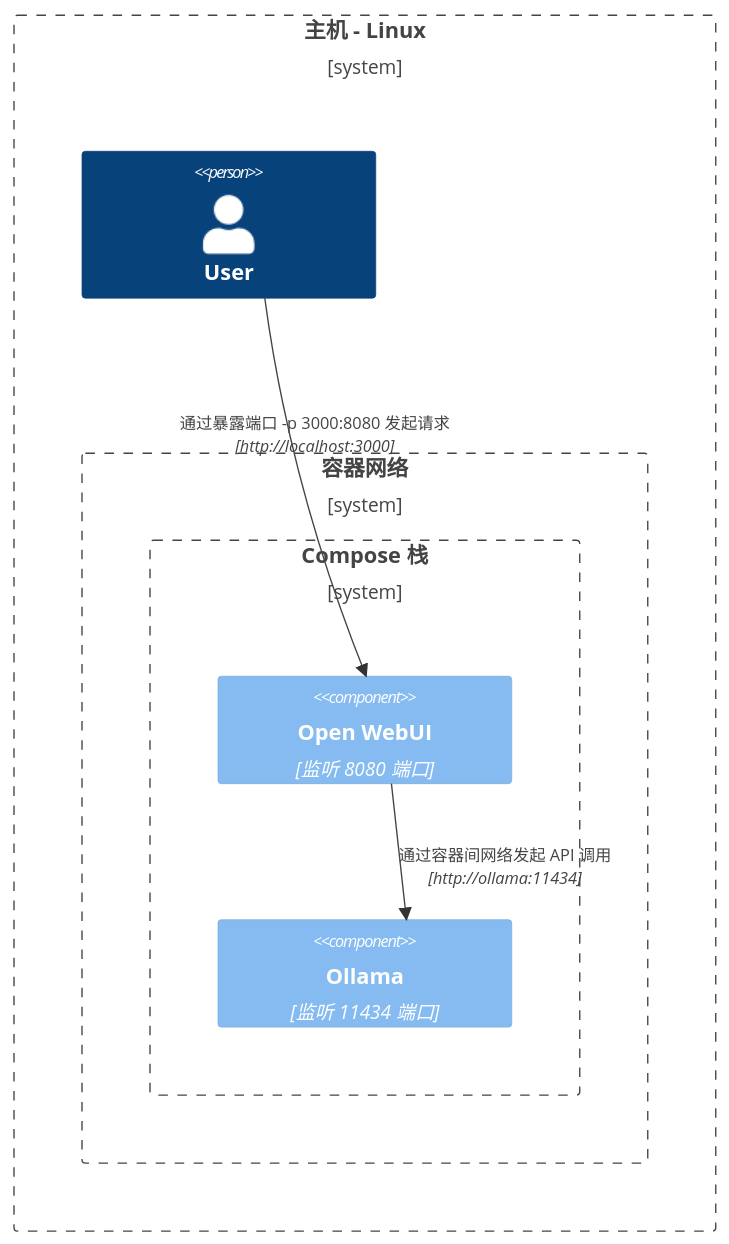
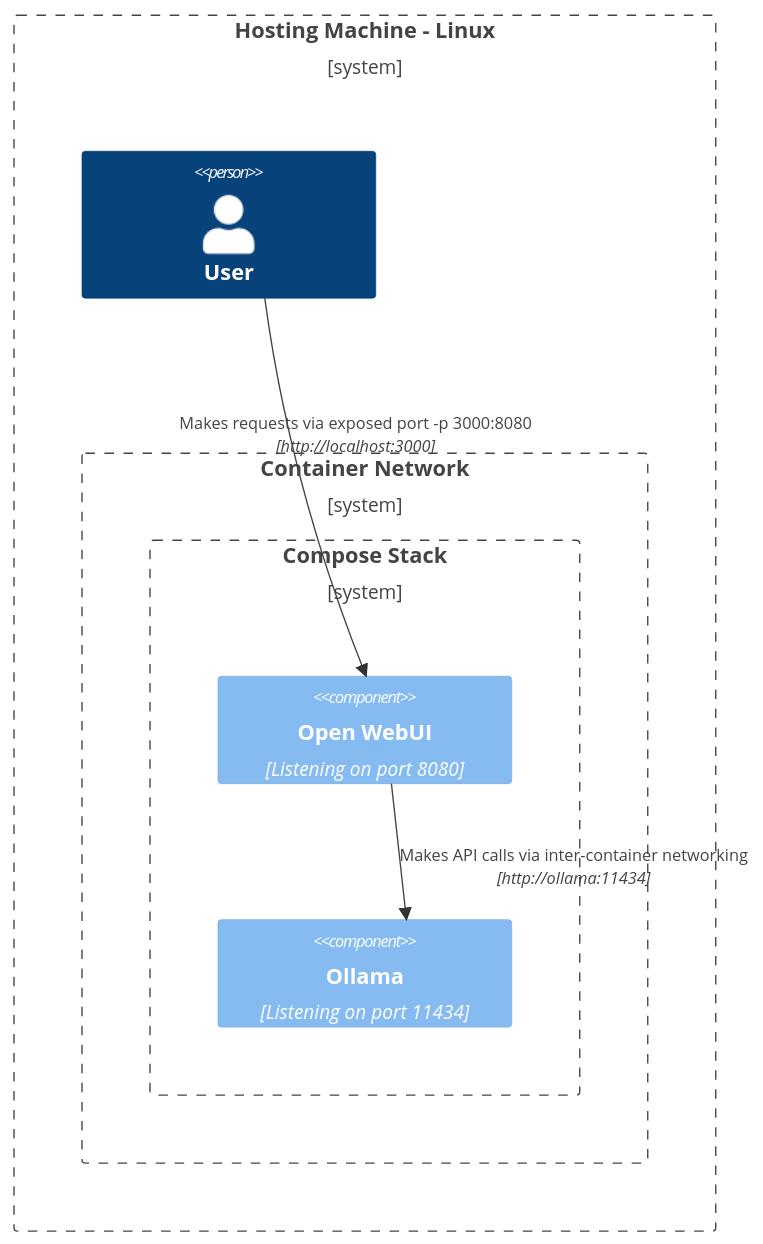
One commit to SMYQH/openwebuidocs changed the sixth of 8 diagrams in zh-cn/docs/reference/network-diagrams.mdx. Above: the diagram before and after it, drawn with Mermaid. The commit also changed other lines of this file and 116 other files, not shown here.

````diff
--- a/zh-cn/docs/reference/network-diagrams.mdx
+++ b/zh-cn/docs/reference/network-diagrams.mdx
@@ -136,15 +136,15 @@
 ```mermaid
 C4Context
-Boundary(b0, "主机 - Linux") {
+Boundary(b0, "Hosting Machine - Linux") {
    Person(user, "User")
-   Boundary(b1, "容器网络") {
-      Boundary(b2, "Compose 栈") {
-         Component(openwebui, "Open WebUI", "监听 8080 端口")
-         Component(ollama, "Ollama", "监听 11434 端口")
+   Boundary(b1, "Container Network") {
+      Boundary(b2, "Compose Stack") {
+         Component(openwebui, "Open WebUI", "Listening on port 8080")
+         Component(ollama, "Ollama", "Listening on port 11434")
       }
    }
 }
-Rel(openwebui, ollama, "通过容器间网络发起 API 调用", "http://ollama:11434")
-Rel(user, openwebui, "通过暴露端口 -p 3000:8080 发起请求", "http://localhost:3000")
+Rel(openwebui, ollama, "Makes API calls via inter-container networking", "http://ollama:11434")
+Rel(user, openwebui, "Makes requests via exposed port -p 3000:8080", "http://localhost:3000")
 UpdateRelStyle(user, openwebui, $offsetX="-100", $offsetY="-50")
 ```
````
